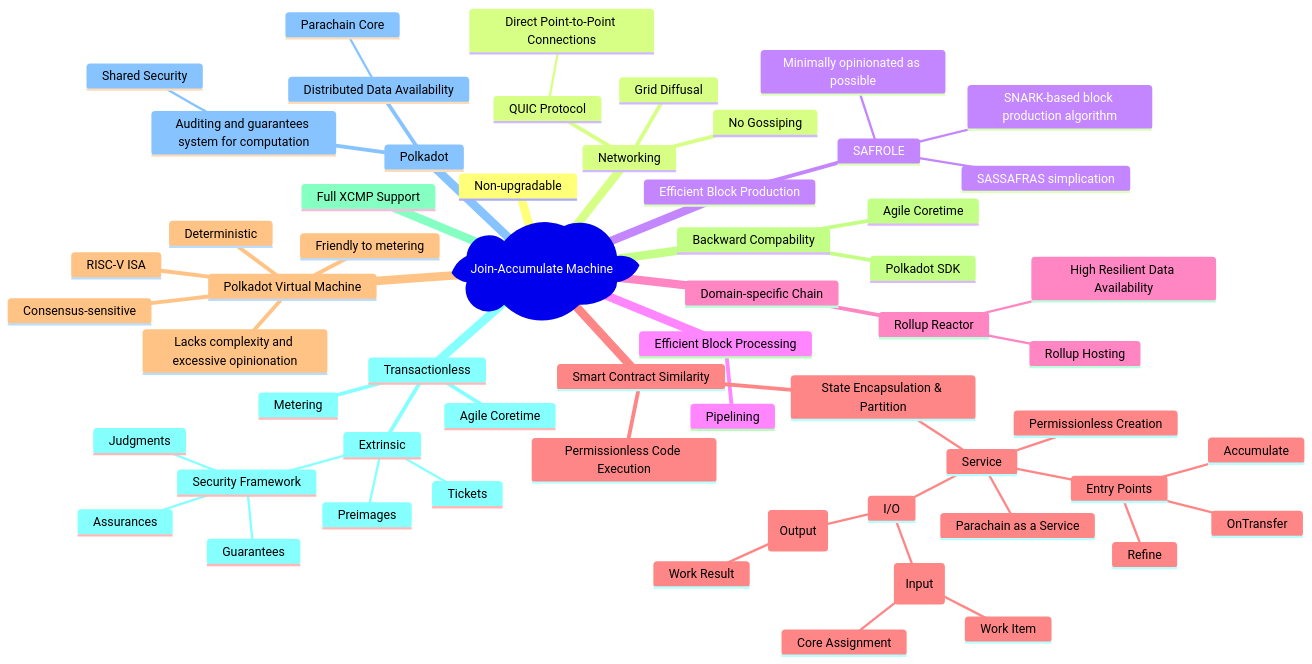
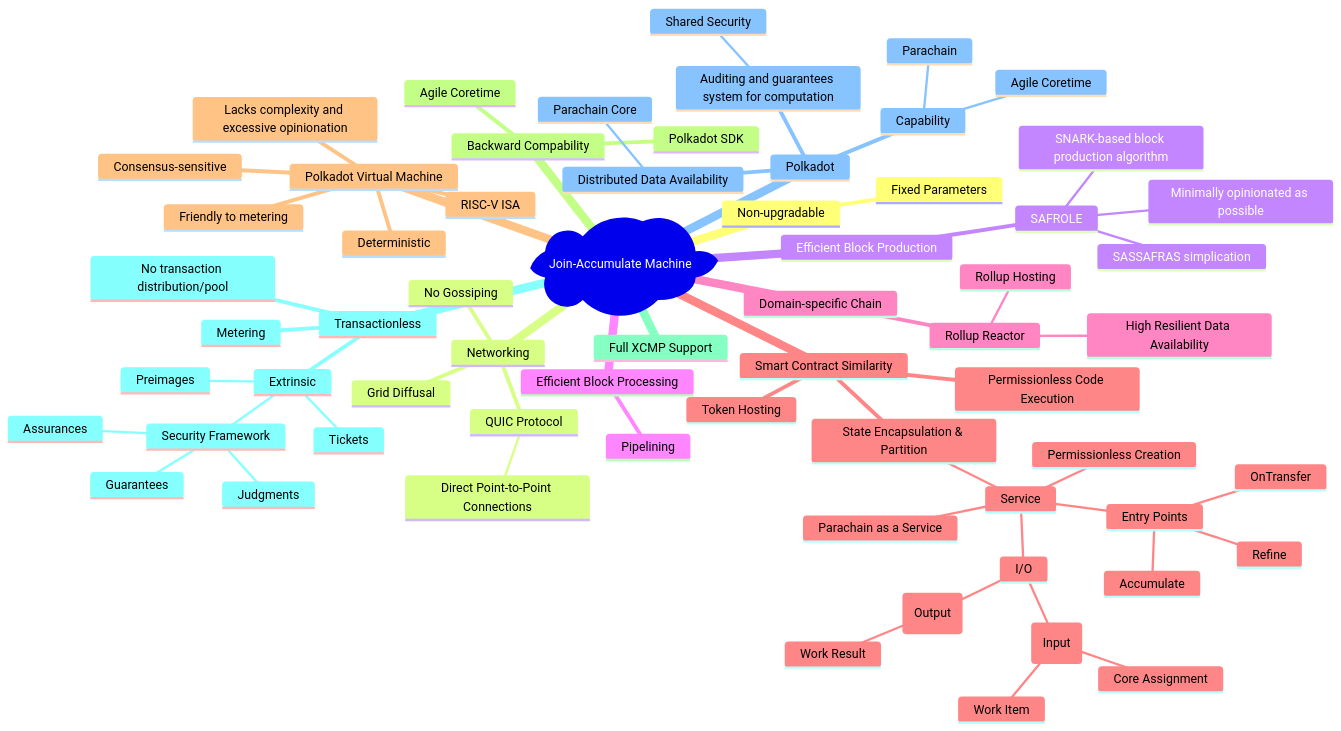
Before and after one commit to openguild-labs/learn-jam: the first of 2 diagrams in README.md, drawn with Mermaid.

````diff
--- a/README.md
+++ b/README.md
@@ -3,62 +3,67 @@
 ```mermaid
 mindmap
   id)Join-Accumulate Machine(
     Non-upgradable
+      Fixed Parameters
     Networking
       QUIC Protocol
         Direct Point-to-Point Connections
       No Gossiping
       Grid Diffusal
     Efficient Block Production
       SAFROLE
         SASSAFRAS simplication
         Minimally opinionated as possible
         SNARK-based block production algorithm
     Efficient Block Processing
       Pipelining 
     Domain-specific Chain
       Rollup Reactor
         High Resilient Data Availability
         Rollup Hosting
     Smart Contract Similarity
+      Token Hosting
       Permissionless Code Execution
       State Encapsulation & Partition
         Service
           I/O
             Work Package (Input)
               Work Item
               Core Assignment
             Work Report (Output)
               Work Result
           Parachain as a Service
           Permissionless Creation
           Entry Points
             Refine
             Accumulate
             OnTransfer
     Polkadot Virtual Machine
       RISC-V ISA
       Deterministic
       Consensus-sensitive
       Friendly to metering
       Lacks complexity and excessive opinionation
     Backward Compability
       Polkadot SDK
       Agile Coretime
     Full XCMP Support
     Transactionless
       Metering
-      Agile Coretime
+      No transaction distribution/pool
       Extrinsic
         Security Framework
           Guarantees
           Assurances
           Judgments
         Preimages
         Tickets
     Polkadot
+      Capability
+        Agile Coretime
+        Parachain
       Distributed Data Availability
         Parachain Core
       Auditing and guarantees system for computation
         Shared Security
 ```
````
